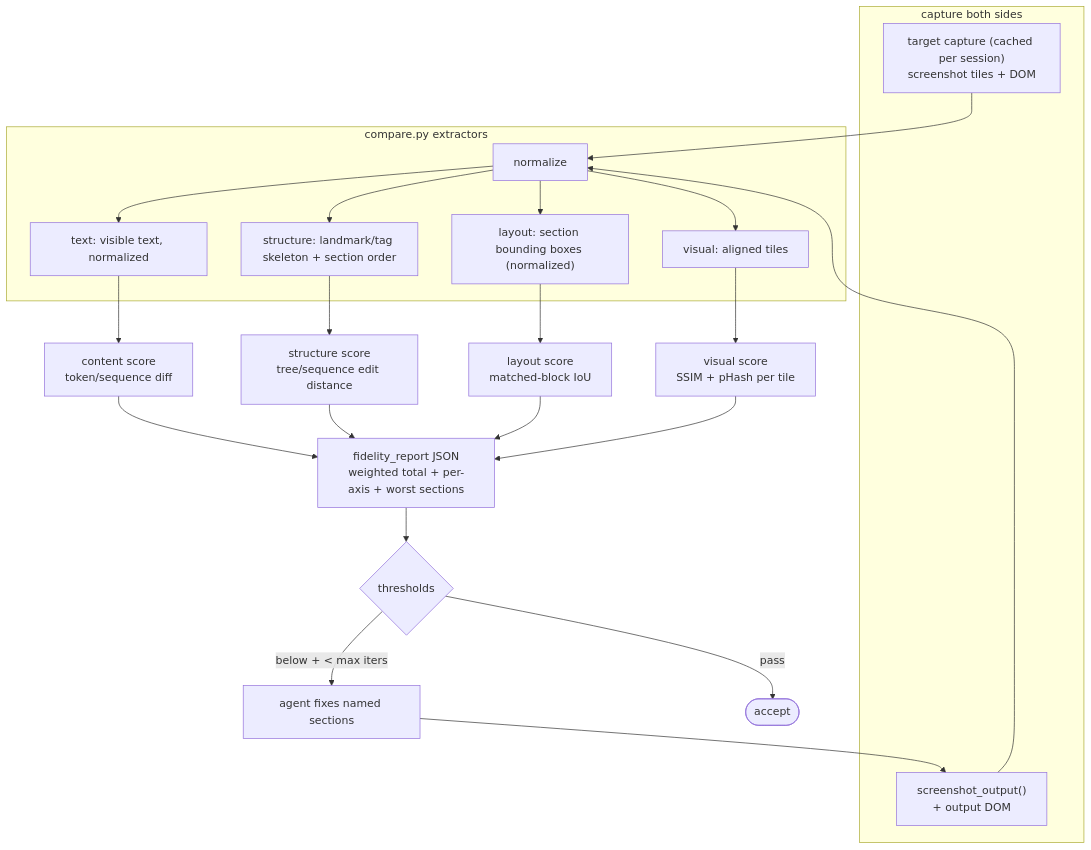
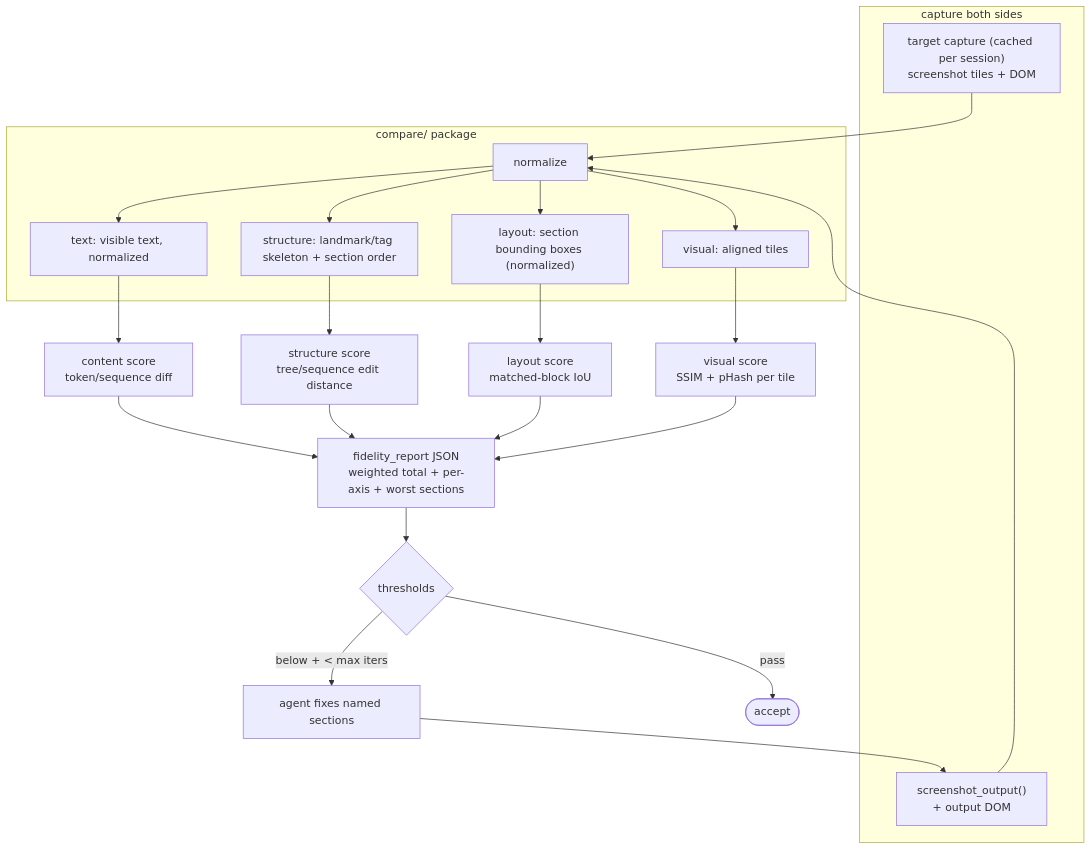
Before and after one commit to AndyUneducated/lumalabs: the fifth of 11 diagrams in IDEA.md, drawn with Mermaid. The commit also changed other lines of this file and 46 other files, not shown here.

````diff
--- a/IDEA.md
+++ b/IDEA.md
@@ -376,27 +376,27 @@
 ```mermaid
 flowchart TD
     subgraph capture [capture both sides]
         SRC["target capture (cached per session)<br/>screenshot tiles + DOM"]
         OUT["screenshot_output()<br/>+ output DOM"]
     end
     SRC --> EXTRACT
     OUT --> EXTRACT
-    subgraph extract [compare.py extractors]
+    subgraph extract [compare/ package]
         EXTRACT["normalize"] --> TXT["text: visible text, normalized"]
         EXTRACT --> SKEL["structure: landmark/tag skeleton + section order"]
         EXTRACT --> BOX["layout: section bounding boxes (normalized)"]
         EXTRACT --> PIX["visual: aligned tiles"]
     end
     TXT --> MC["content score<br/>token/sequence diff"]
     SKEL --> MS["structure score<br/>tree/sequence edit distance"]
     BOX --> ML["layout score<br/>matched-block IoU"]
     PIX --> MV["visual score<br/>SSIM + pHash per tile"]
     MC --> REP
     MS --> REP
     ML --> REP
     MV --> REP
     REP["fidelity_report JSON<br/>weighted total + per-axis + worst sections"] --> GATE{thresholds}
     GATE -- "below + < max iters" --> FIX["agent fixes named sections"]
     GATE -- "pass" --> STOP([accept])
     FIX --> OUT
 ```
````
